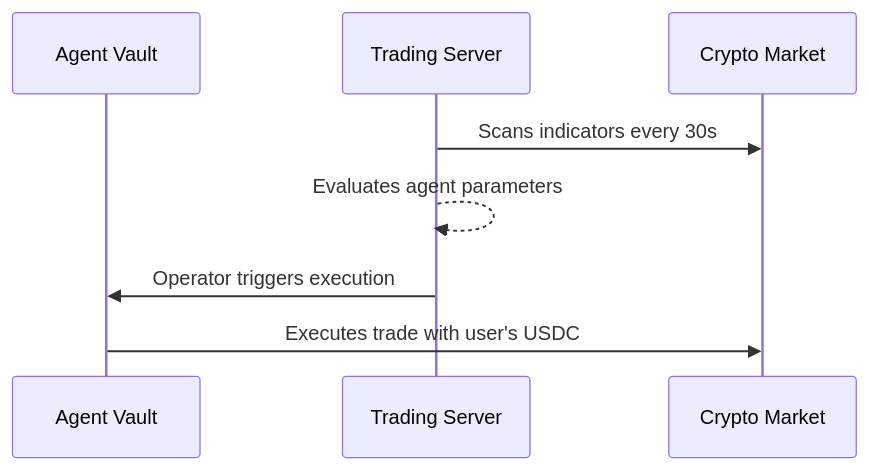
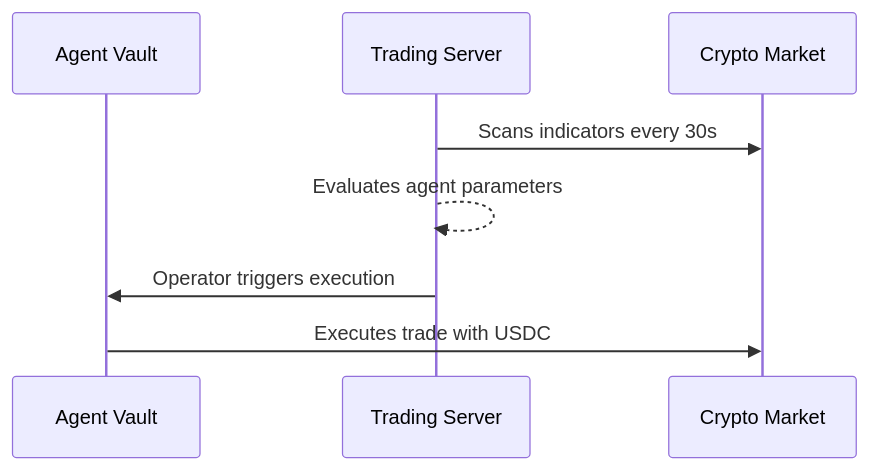
One commit to dinitheth/ClawTrader-POL changed the second of 2 diagrams in README.md. Above: the diagram before and after it, drawn with Mermaid.

````diff
--- a/README.md
+++ b/README.md
@@ -32,11 +32,11 @@
 ```mermaid
 sequenceDiagram
     participant Agent Vault
     participant Trading Server
     participant Crypto Market
     
     Trading Server->>Crypto Market: Scans indicators every 30s
     Trading Server-->>Trading Server: Evaluates agent parameters
     Trading Server->>Agent Vault: Operator triggers execution
-    Agent Vault->>Crypto Market: Executes trade with user's USDC
+    Agent Vault->>Crypto Market: Executes trade with USDC
 ```
````
